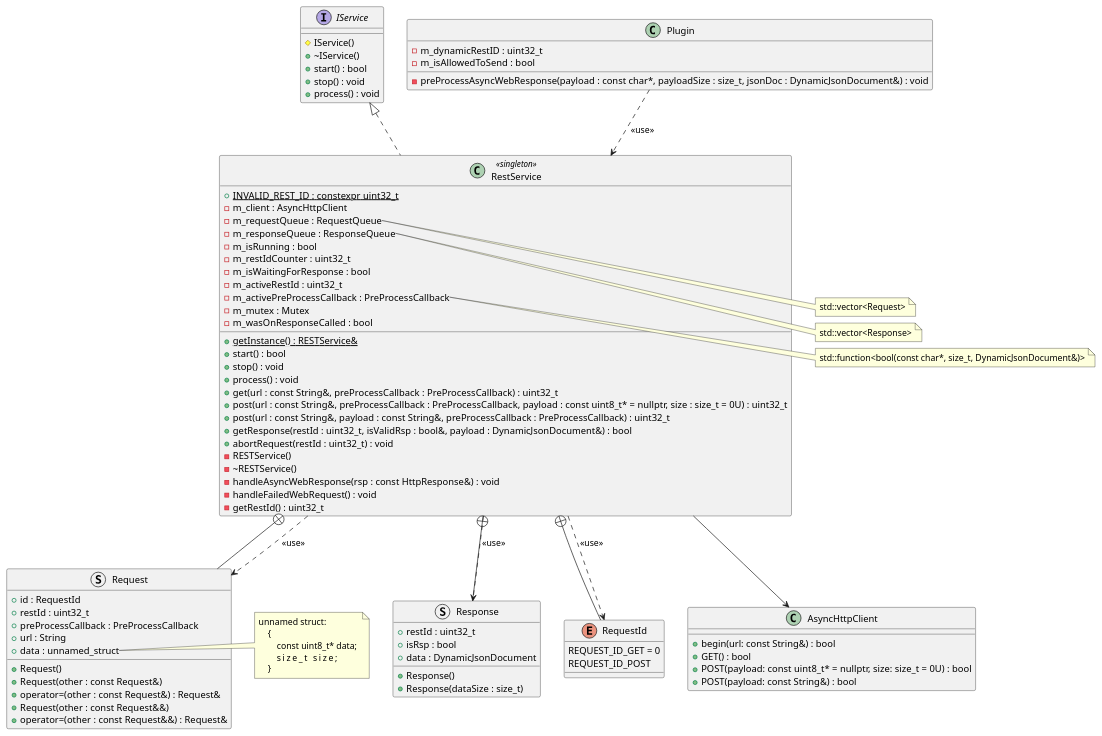
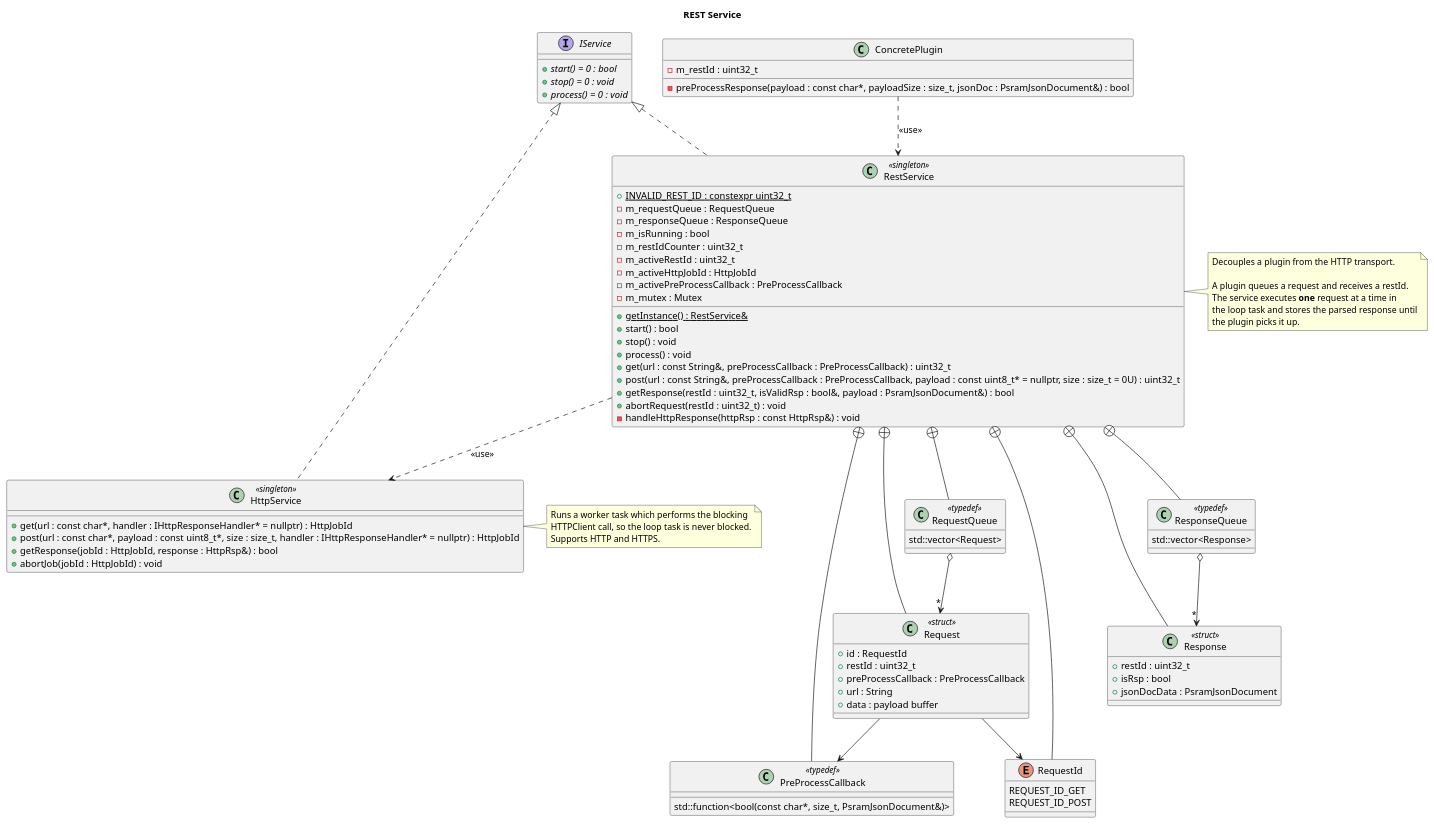
The diagram in doc/architecture/uml/rest_service.wsd (BlueAndi/Pixelix), drawn with PlantUML before and after one commit. The commit also changed 66 other files, not shown here.

Commit message:
SW architecture updated

```diff
--- a/doc/architecture/uml/rest_service.wsd
+++ b/doc/architecture/uml/rest_service.wsd
@@ -1,116 +1,111 @@
-@startuml RestService
+@startuml rest_service
 
-interface IService{
-    # IService()
-    + ~IService()
-    + start() : bool
-    + stop() : void
-    + process() : void
+title REST Service
+
+' UML 2.5.1 has no "struct" classifier and an interface declares no
+' constructors. A C++ struct is modelled as a class with a stereotype.
+
+interface IService {
+    + {abstract} start() = 0 : bool
+    + {abstract} stop() = 0 : void
+    + {abstract} process() = 0 : void
 }
 
 class RestService <<singleton>> {
     + {static} INVALID_REST_ID : constexpr uint32_t
-    - m_client : AsyncHttpClient
     - m_requestQueue : RequestQueue
     - m_responseQueue : ResponseQueue
     - m_isRunning : bool
     - m_restIdCounter : uint32_t
-    - m_isWaitingForResponse : bool
     - m_activeRestId : uint32_t
+    - m_activeHttpJobId : HttpJobId
     - m_activePreProcessCallback : PreProcessCallback
     - m_mutex : Mutex
-    - m_wasOnResponseCalled : bool
-    + {static} getInstance() : RESTService&
+    + {static} getInstance() : RestService&
     + start() : bool
     + stop() : void
     + process() : void
     + get(url : const String&, preProcessCallback : PreProcessCallback) : uint32_t
     + post(url : const String&, preProcessCallback : PreProcessCallback, payload : const uint8_t* = nullptr, size : size_t = 0U) : uint32_t
-    + post(url : const String&, payload : const String&, preProcessCallback : PreProcessCallback) : uint32_t
-    + getResponse(restId : uint32_t, isValidRsp : bool&, payload : DynamicJsonDocument&) : bool
+    + getResponse(restId : uint32_t, isValidRsp : bool&, payload : PsramJsonDocument&) : bool
     + abortRequest(restId : uint32_t) : void
-    - RESTService()
-    - ~RESTService()
-    - handleAsyncWebResponse(rsp : const HttpResponse&) : void
-    - handleFailedWebRequest() : void
-    - getRestId() : uint32_t
+    - handleHttpResponse(httpRsp : const HttpRsp&) : void
 }
 
-class Plugin{
-    - m_dynamicRestID : uint32_t
-    - m_isAllowedToSend : bool
-    - preProcessAsyncWebResponse(payload : const char*, payloadSize : size_t, jsonDoc : DynamicJsonDocument&) : void
+note right of RestService
+    Decouples a plugin from the HTTP transport.
+
+    A plugin queues a request and receives a restId.
+    The service executes **one** request at a time in
+    the loop task and stores the parsed response until
+    the plugin picks it up.
+end note
+
+class RequestQueue <<typedef>> {
+    std::vector<Request>
 }
 
-struct Request{
+class ResponseQueue <<typedef>> {
+    std::vector<Response>
+}
+
+class PreProcessCallback <<typedef>> {
+    std::function<bool(const char*, size_t, PsramJsonDocument&)>
+}
+
+class Request <<struct>> {
     + id : RequestId
     + restId : uint32_t
     + preProcessCallback : PreProcessCallback
     + url : String
-    + data : unnamed_struct
-    + Request()
-    + Request(other : const Request&)
-    + operator=(other : const Request&) : Request&
-    + Request(other : const Request&&)
-    + operator=(other : const Request&&) : Request&
+    + data : payload buffer
 }
 
-struct Response{
+class Response <<struct>> {
     + restId : uint32_t
     + isRsp : bool
-    + data : DynamicJsonDocument
-    + Response()
-    + Response(dataSize : size_t)
+    + jsonDocData : PsramJsonDocument
 }
 
-enum RequestId{
-    REQUEST_ID_GET = 0
+enum RequestId {
+    REQUEST_ID_GET
     REQUEST_ID_POST
 }
 
-class AsyncHttpClient{
-    + begin(url: const String&) : bool
-    + GET() : bool
-    + POST(payload: const uint8_t* = nullptr, size: size_t = 0U) : bool
-    + POST(payload: const String&) : bool
+class HttpService <<singleton>> {
+    + get(url : const char*, handler : IHttpResponseHandler* = nullptr) : HttpJobId
+    + post(url : const char*, payload : const uint8_t*, size : size_t, handler : IHttpResponseHandler* = nullptr) : HttpJobId
+    + getResponse(jobId : HttpJobId, response : HttpRsp&) : bool
+    + abortJob(jobId : HttpJobId) : void
 }
 
-note right of RestService::m_requestQueue
-    std::vector<Request>
+note right of HttpService
+    Runs a worker task which performs the blocking
+    HTTPClient call, so the loop task is never blocked.
+    Supports HTTP and HTTPS.
 end note
 
-note right of RestService::m_responseQueue
-    std::vector<Response>
-end note
+class ConcretePlugin {
+    - m_restId : uint32_t
+    - preProcessResponse(payload : const char*, payloadSize : size_t, jsonDoc : PsramJsonDocument&) : bool
+}
 
-note right of RestService::m_activePreProcessCallback
-    std::function<bool(const char*, size_t, DynamicJsonDocument&)>
-end note 
+IService <|.. RestService
+IService <|.. HttpService
 
-note right of Request::data
-    unnamed struct:
-        {
-            const uint8_t* data; 
-            size_t         size; 
-        }
-end note 
-
-Plugin ..> RestService : <<use>>
-
-RestService --> AsyncHttpClient
-
-RestService +-- Response
+ConcretePlugin ..> RestService: <<use>>
+RestService ..> HttpService: <<use>>
 
 RestService +-- Request
+RestService +-- Response
+RestService +-- RequestId
+RestService +-- RequestQueue
+RestService +-- ResponseQueue
+RestService +-- PreProcessCallback
 
-RestService +-- RequestId
-
-RestService ..> Response: <<use>>
-
-RestService ..> Request: <<use>>
-
-RestService ..> RequestId: <<use>>
-
-IService <|.. RestService
+Request --> RequestId
+Request --> PreProcessCallback
+RequestQueue o--> "*" Request
+ResponseQueue o--> "*" Response
 
 @enduml
```
